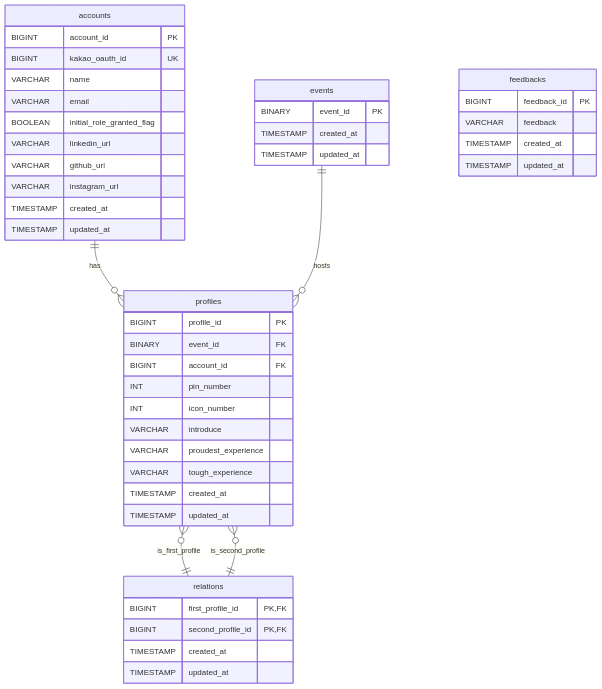
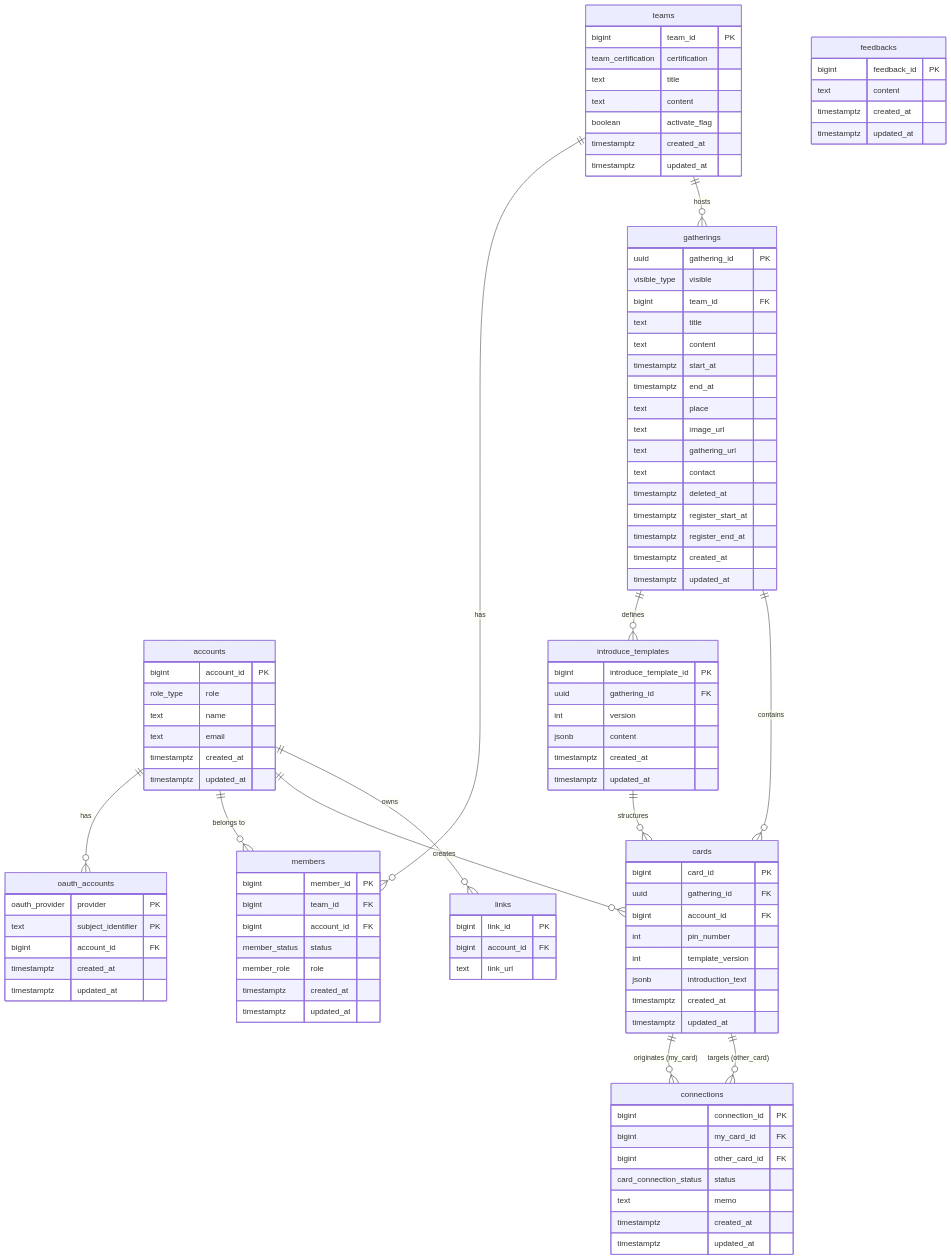
Before and after one commit to Nowdays-Goodnight-Cool-Niang/SharEv-Backend: the diagram in README.md, drawn with Mermaid.

Commit message:
docs: ✏️ ddl 업데이트

````diff
--- a/README.md
+++ b/README.md
@@ -59,53 +59,113 @@
 ```mermaid
 erDiagram
-	accounts {
-	BIGINT account_id PK
-	BIGINT kakao_oauth_id UK
-	VARCHAR name
-	VARCHAR email
-	BOOLEAN initial_role_granted_flag
-	VARCHAR linkedin_url
-	VARCHAR github_url
-	VARCHAR instagram_url
-	TIMESTAMP created_at
-	TIMESTAMP updated_at
-	}
-	
-	events {
-	    BINARY event_id PK
-	    TIMESTAMP created_at
-	    TIMESTAMP updated_at
-	}
-	
-	profiles {
-	    BIGINT profile_id PK
-	    BINARY event_id FK
-	    BIGINT account_id FK
-	    INT pin_number
-	    INT icon_number
-	    VARCHAR introduce
-	    VARCHAR proudest_experience
-	    VARCHAR tough_experience
-	    TIMESTAMP created_at
-	    TIMESTAMP updated_at
-	}
-	
-	relations {
-	    BIGINT first_profile_id PK, FK
-	    BIGINT second_profile_id PK, FK
-	    TIMESTAMP created_at
-	    TIMESTAMP updated_at
-	}
-	
-	feedbacks {
-	    BIGINT feedback_id PK
-	    VARCHAR feedback
-	    TIMESTAMP created_at
-	    TIMESTAMP updated_at
-	}
-	
-	accounts ||--o{ profiles : "has"
-	events ||--o{ profiles : "hosts"
-	profiles }o--|| relations : "is_first_profile"
-	profiles }o--|| relations : "is_second_profile"
+    accounts {
+        bigint account_id PK
+        role_type role
+        text name
+        text email
+        timestamptz created_at
+        timestamptz updated_at
+    }
+
+    oauth_accounts {
+        oauth_provider provider PK
+        text subject_identifier PK
+        bigint account_id FK
+        timestamptz created_at
+        timestamptz updated_at
+    }
+
+    teams {
+        bigint team_id PK
+        team_certification certification
+        text title
+        text content
+        boolean activate_flag
+        timestamptz created_at
+        timestamptz updated_at
+    }
+
+    members {
+        bigint member_id PK
+        bigint team_id FK
+        bigint account_id FK
+        member_status status
+        member_role role
+        timestamptz created_at
+        timestamptz updated_at
+    }
+
+    gatherings {
+        uuid gathering_id PK
+        visible_type visible
+        bigint team_id FK
+        text title
+        text content
+        timestamptz start_at
+        timestamptz end_at
+        text place
+        text image_url
+        text gathering_url
+        text contact
+        timestamptz deleted_at
+        timestamptz register_start_at
+        timestamptz register_end_at
+        timestamptz created_at
+        timestamptz updated_at
+    }
+
+    introduce_templates {
+        bigint introduce_template_id PK
+        uuid gathering_id FK
+        int version
+        jsonb content
+        timestamptz created_at
+        timestamptz updated_at
+    }
+
+    cards {
+        bigint card_id PK
+        uuid gathering_id FK
+        bigint account_id FK
+        int pin_number
+        int template_version
+        jsonb introduction_text
+        timestamptz created_at
+        timestamptz updated_at
+    }
+
+    connections {
+        bigint connection_id PK
+        bigint my_card_id FK
+        bigint other_card_id FK
+        card_connection_status status
+        text memo
+        timestamptz created_at
+        timestamptz updated_at
+    }
+
+    links {
+        bigint link_id PK
+        bigint account_id FK
+        text link_url
+    }
+
+    feedbacks {
+        bigint feedback_id PK
+        text content
+        timestamptz created_at
+        timestamptz updated_at
+    }
+
+    accounts ||--o{ oauth_accounts : "has"
+    accounts ||--o{ members : "belongs to"
+    accounts ||--o{ cards : "creates"
+    accounts ||--o{ links : "owns"
+    teams ||--o{ members : "has"
+    teams ||--o{ gatherings : "hosts"
+    gatherings ||--o{ introduce_templates : "defines"
+    gatherings ||--o{ cards : "contains"
+    introduce_templates ||--o{ cards : "structures"
+    cards ||--o{ connections : "originates (my_card)"
+    cards ||--o{ connections : "targets (other_card)"
 ```
````
